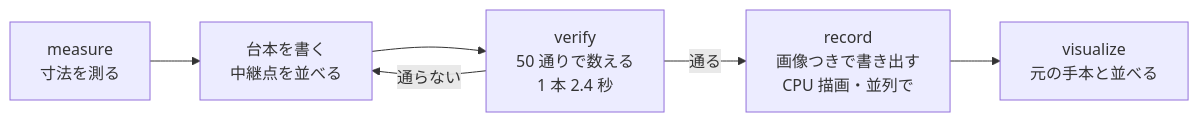
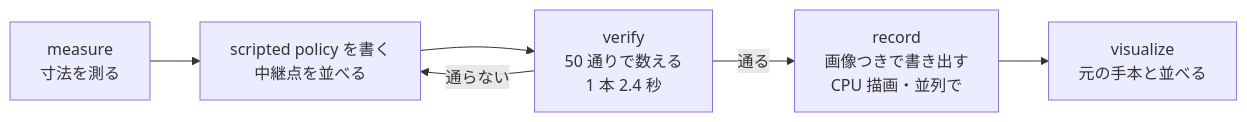
The first of 2 diagrams in docs/strategy/06_scripted_demos.md (siruku6/PARC2026_pre), drawn with Mermaid before and after one commit. The commit also changed other lines of this file and 93 other files, not shown here.

````diff
--- a/docs/strategy/06_scripted_demos.md
+++ b/docs/strategy/06_scripted_demos.md
@@ -76,8 +78,8 @@
 ```mermaid
 flowchart LR
-    M["measure<br/>寸法を測る"] --> W["台本を書く<br/>中継点を並べる"]
+    M["measure<br/>寸法を測る"] --> W["scripted policy を書く<br/>中継点を並べる"]
     W --> V["verify<br/>50 通りで数える<br/>1 本 2.4 秒"]
     V -->|"通らない"| W
     V -->|"通る"| R["record<br/>画像つきで書き出す<br/>CPU 描画・並列で"]
     R --> Z["visualize<br/>元の手本と並べる"]
 ```
````
